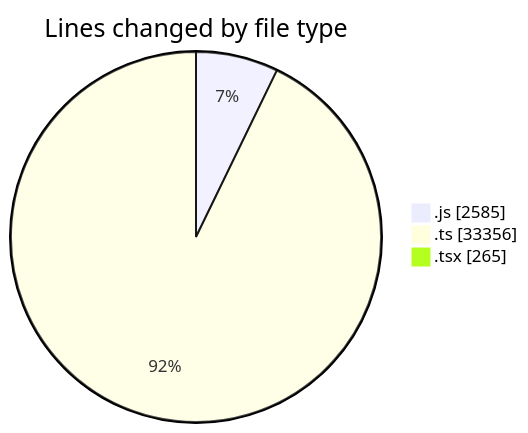
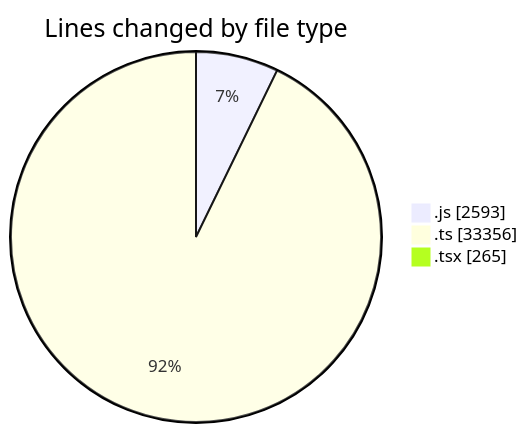
The first of 2 diagrams in 2026-02-09/cda/README.md (momahboobian/code-tracking), drawn with Mermaid before and after one commit. The commit also changed other lines of this file and 1 other file, not shown here.

````diff
--- a/2026-02-09/cda/README.md
+++ b/2026-02-09/cda/README.md
@@ -38,7 +38,7 @@
 ```mermaid
 pie showData
 title Lines changed by file type
-".js" : 2585
+".js" : 2593
 ".ts" : 33356
 ".tsx" : 265
 ```
````
